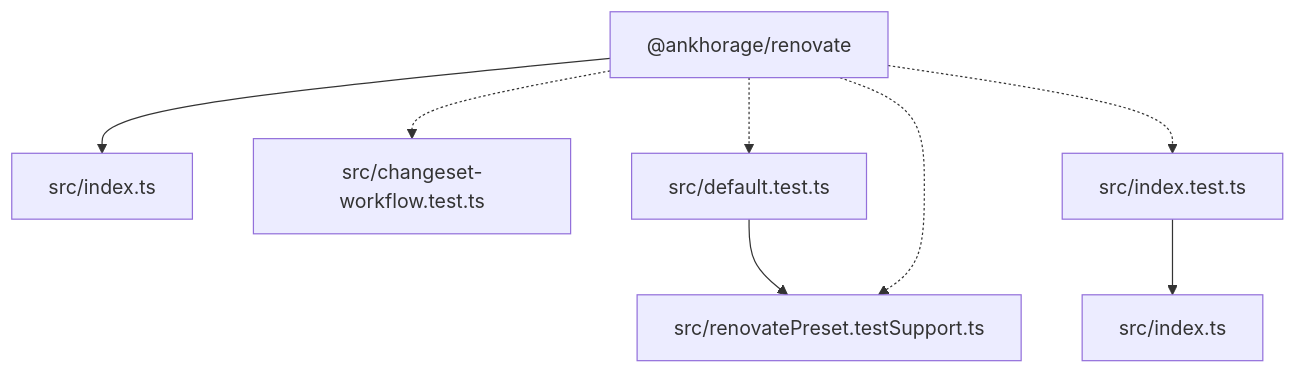
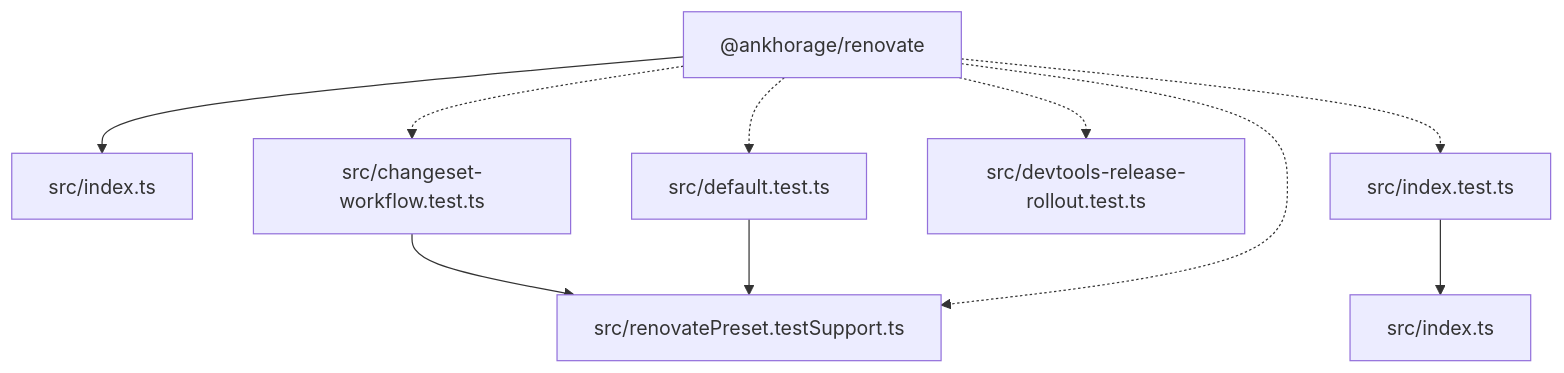
The diagram in paradox/diagrams/architecture-overview.mmd (ankhorage/renovate), drawn with Mermaid before and after one commit. The commit also changed 13 other files, not shown here.

```diff
--- a/paradox/diagrams/architecture-overview.mmd
+++ b/paradox/diagrams/architecture-overview.mmd
@@ -1,15 +1,18 @@
 graph TD
   package__ankhorage_renovate["@ankhorage/renovate"]
   entrypoint_src_index_ts["src/index.ts"]
   package__ankhorage_renovate --> entrypoint_src_index_ts
   module_src_changeset_workflow_test_ts["src/changeset-workflow.test.ts"]
   package__ankhorage_renovate -.-> module_src_changeset_workflow_test_ts
+  module_src_changeset_workflow_test_ts --> module_src_renovatePreset_testSupport_ts
   module_src_default_test_ts["src/default.test.ts"]
   package__ankhorage_renovate -.-> module_src_default_test_ts
   module_src_default_test_ts --> module_src_renovatePreset_testSupport_ts
+  module_src_devtools_release_rollout_test_ts["src/devtools-release-rollout.test.ts"]
+  package__ankhorage_renovate -.-> module_src_devtools_release_rollout_test_ts
   module_src_index_test_ts["src/index.test.ts"]
   package__ankhorage_renovate -.-> module_src_index_test_ts
   module_src_index_test_ts --> module_src_index_ts
   module_src_index_ts["src/index.ts"]
   module_src_renovatePreset_testSupport_ts["src/renovatePreset.testSupport.ts"]
   package__ankhorage_renovate -.-> module_src_renovatePreset_testSupport_ts
```
